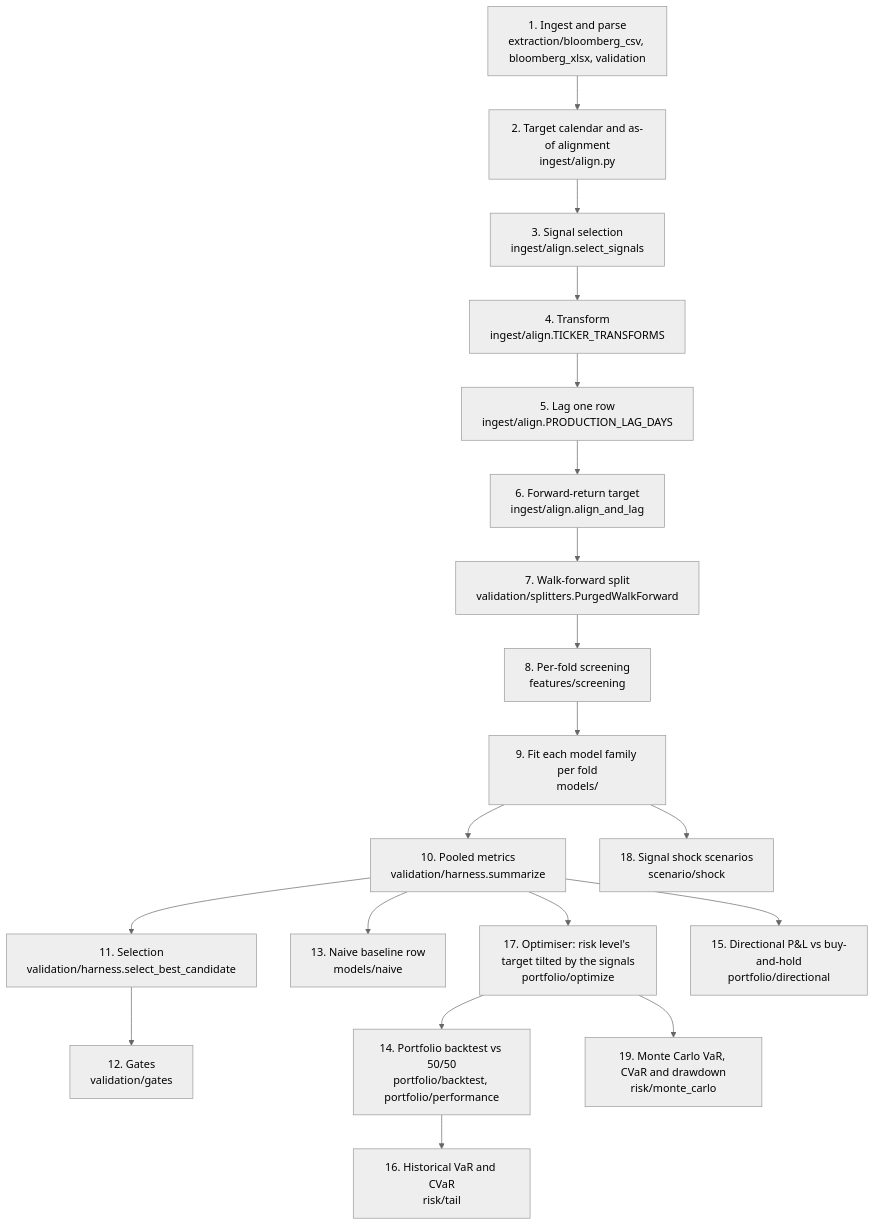
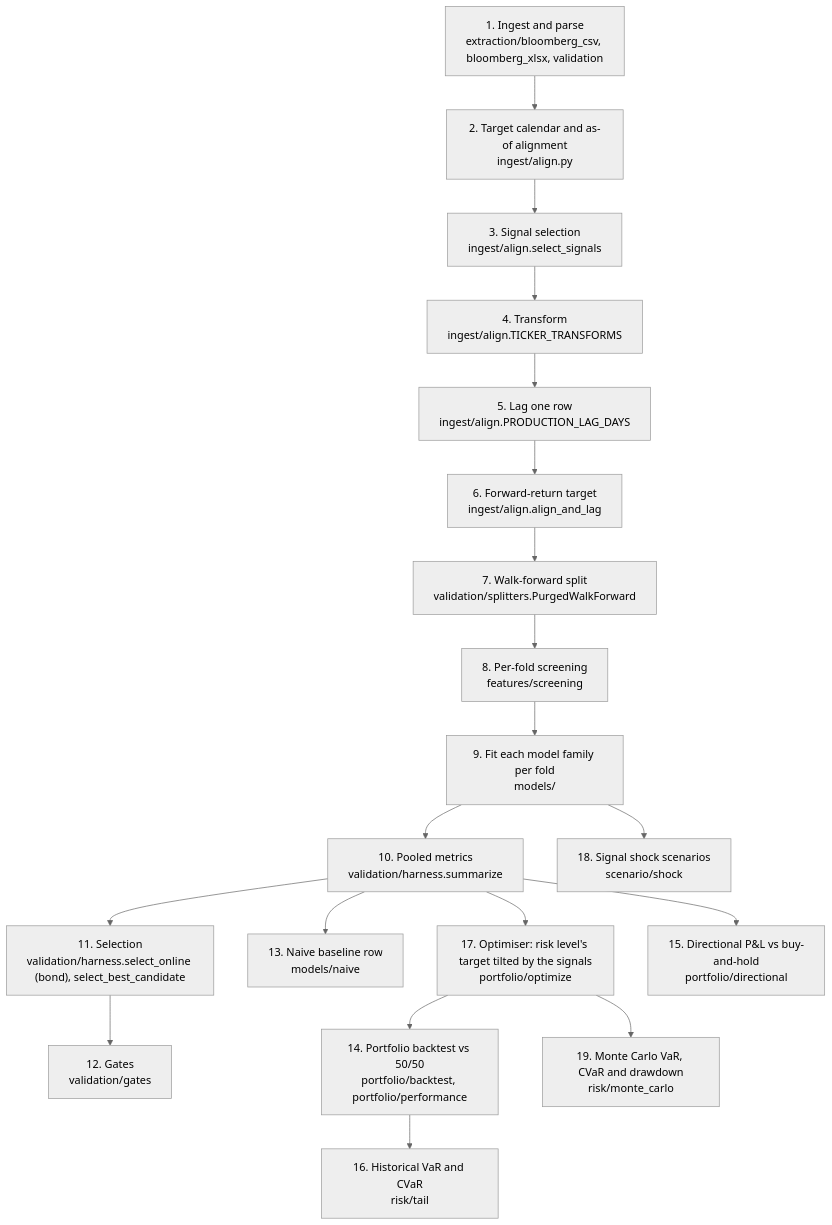
The diagram in docs/methodology.md (QuekKangSheng/forecasting-engine), drawn with Mermaid (neutral theme) before and after one commit. The commit also changed other lines of this file and 12 other files, not shown here.

````diff
--- a/docs/methodology.md
+++ b/docs/methodology.md
@@ -14,23 +14,23 @@
 ```mermaid
 flowchart TD
     A["1. Ingest and parse<br/>extraction/bloomberg_csv, bloomberg_xlsx, validation"] --> B
     B["2. Target calendar and as-of alignment<br/>ingest/align.py"] --> C
     C["3. Signal selection<br/>ingest/align.select_signals"] --> D
     D["4. Transform<br/>ingest/align.TICKER_TRANSFORMS"] --> E
     E["5. Lag one row<br/>ingest/align.PRODUCTION_LAG_DAYS"] --> F
     F["6. Forward-return target<br/>ingest/align.align_and_lag"] --> G
     G["7. Walk-forward split<br/>validation/splitters.PurgedWalkForward"] --> H
     H["8. Per-fold screening<br/>features/screening"] --> I
     I["9. Fit each model family per fold<br/>models/"] --> J
     J["10. Pooled metrics<br/>validation/harness.summarize"] --> K
-    K["11. Selection<br/>validation/harness.select_best_candidate"] --> L
+    K["11. Selection<br/>validation/harness.select_online (bond), select_best_candidate"] --> L
     L["12. Gates<br/>validation/gates"]
     J --> M["13. Naive baseline row<br/>models/naive"]
     J --> Q["17. Optimiser: risk level's target tilted by the signals<br/>portfolio/optimize"]
     Q --> N["14. Portfolio backtest vs 50/50<br/>portfolio/backtest, portfolio/performance"]
     N --> P
     J --> O["15. Directional P&L vs buy-and-hold<br/>portfolio/directional"]
     P["16. Historical VaR and CVaR<br/>risk/tail"]
     I --> S["18. Signal shock scenarios<br/>scenario/shock"]
     Q --> R["19. Monte Carlo VaR, CVaR and drawdown<br/>risk/monte_carlo"]
 ```
````
